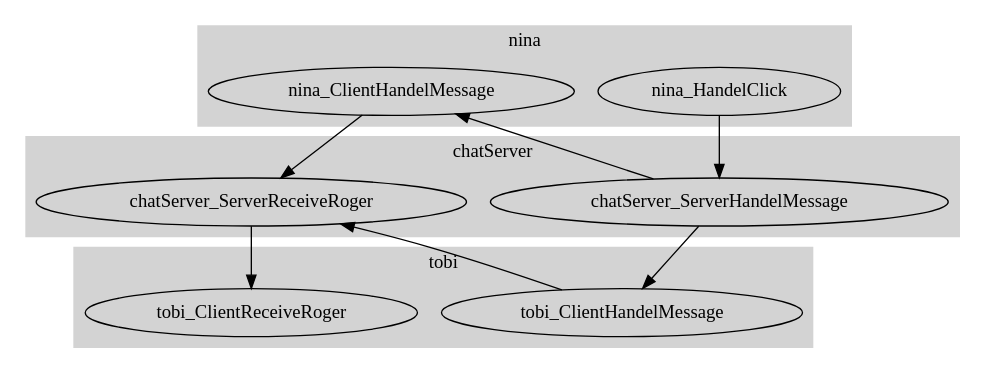
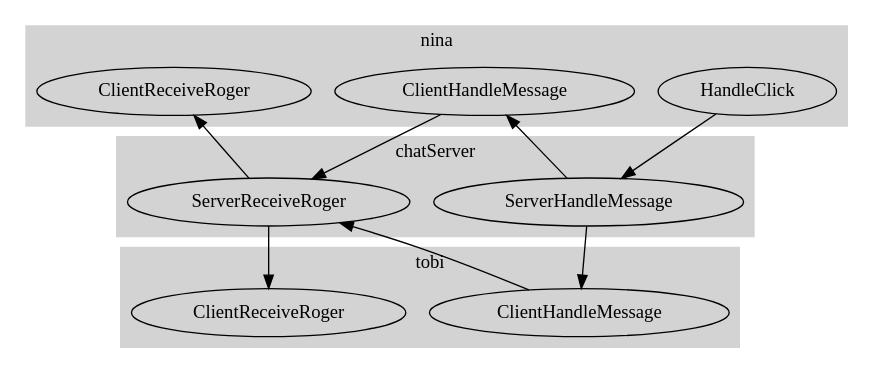
One commit to fujaba/SDMLib changed the diagram in doc/CSChatMessageFlow.dot. Above: the diagram before and after it, drawn with Graphviz. The commit also changed 14 other files, not shown here.

Commit message:
swimlane diagrams: collect loggers on startPeer

```diff
--- a/doc/CSChatMessageFlow.dot
+++ b/doc/CSChatMessageFlow.dot
@@ -1,39 +1,47 @@
  digraph TaskFlowDiagram {
     
     subgraph clusternina {
     	rankdir="LR";
+    	labelpos=bottom;
     	style=filled;
 		color=lightgrey;
-       nina_HandelClick;
-       nina_ClientHandelMessage;
+        nina_HandleClick[label="HandleClick"];
+        nina_ClientHandleMessage[label="ClientHandleMessage"];
+        nina_ClientReceiveRoger[label="ClientReceiveRoger"];
 
     	label = "nina";
     }
+    
     subgraph clusterchatServer {
     	rankdir="LR";
+    	labelpos=bottom;
     	style=filled;
 		color=lightgrey;
-       chatServer_ServerHandelMessage;
-       chatServer_ServerReceiveRoger;
+        chatServer_ServerHandleMessage[label="ServerHandleMessage"];
+        chatServer_ServerReceiveRoger[label="ServerReceiveRoger"];
 
     	label = "chatServer";
     }
+    
     subgraph clustertobi {
     	rankdir="LR";
+    	labelpos=bottom;
     	style=filled;
 		color=lightgrey;
-       tobi_ClientHandelMessage;
-       tobi_ClientReceiveRoger;
+        tobi_ClientHandleMessage[label="ClientHandleMessage"];
+        tobi_ClientReceiveRoger[label="ClientReceiveRoger"];
 
     	label = "tobi";
     }
- 
     
-    nina_HandelClick -> chatServer_ServerHandelMessage; 
-    chatServer_ServerHandelMessage -> tobi_ClientHandelMessage; 
-    chatServer_ServerHandelMessage -> nina_ClientHandelMessage; 
-    nina_ClientHandelMessage -> chatServer_ServerReceiveRoger; 
-    tobi_ClientHandelMessage -> chatServer_ServerReceiveRoger; 
+
+    
+    nina_HandleClick -> chatServer_ServerHandleMessage; 
+    chatServer_ServerHandleMessage -> nina_ClientHandleMessage; 
+    nina_ClientHandleMessage -> chatServer_ServerReceiveRoger; 
+    chatServer_ServerHandleMessage -> tobi_ClientHandleMessage; 
+    tobi_ClientHandleMessage -> chatServer_ServerReceiveRoger; 
+    chatServer_ServerReceiveRoger -> nina_ClientReceiveRoger; 
     chatServer_ServerReceiveRoger -> tobi_ClientReceiveRoger; 
 
 }
```
